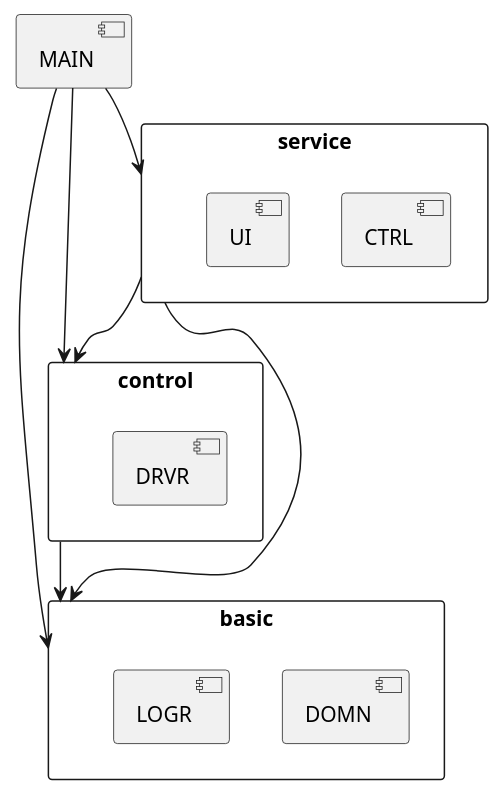
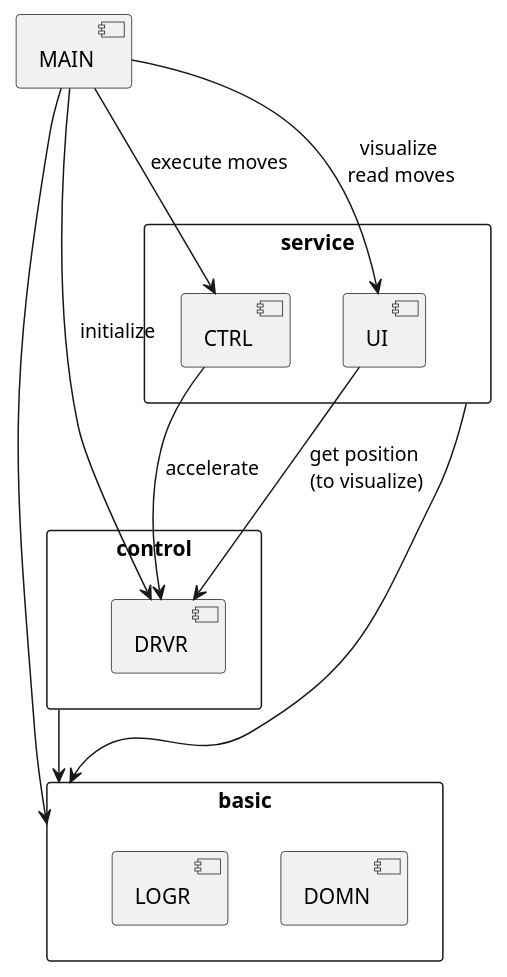
Before and after one commit to ivanovkirilg/linebot: the diagram in docs/architecture.md, drawn with PlantUML.

Commit message:
docs: Add details to layer dependencies

````diff
--- a/docs/architecture.md
+++ b/docs/architecture.md
@@ -5,25 +5,27 @@
 ```plantuml
 
 rectangle basic {
     component DOMN
     component LOGR
 }
 
 rectangle control {
     component DRVR
 }
 
 rectangle service {
     component CTRL
     component UI
 }
 
 component MAIN
 
-MAIN --> service
-MAIN --> control
+MAIN --> UI: visualize\n read moves
+MAIN --> CTRL: execute moves
+MAIN --> DRVR: initialize
 MAIN --> basic
-service --> control
+CTRL --> DRVR: accelerate
+UI --> DRVR: get position\n (to visualize)
 service --> basic
 control --> basic
 ```
````
